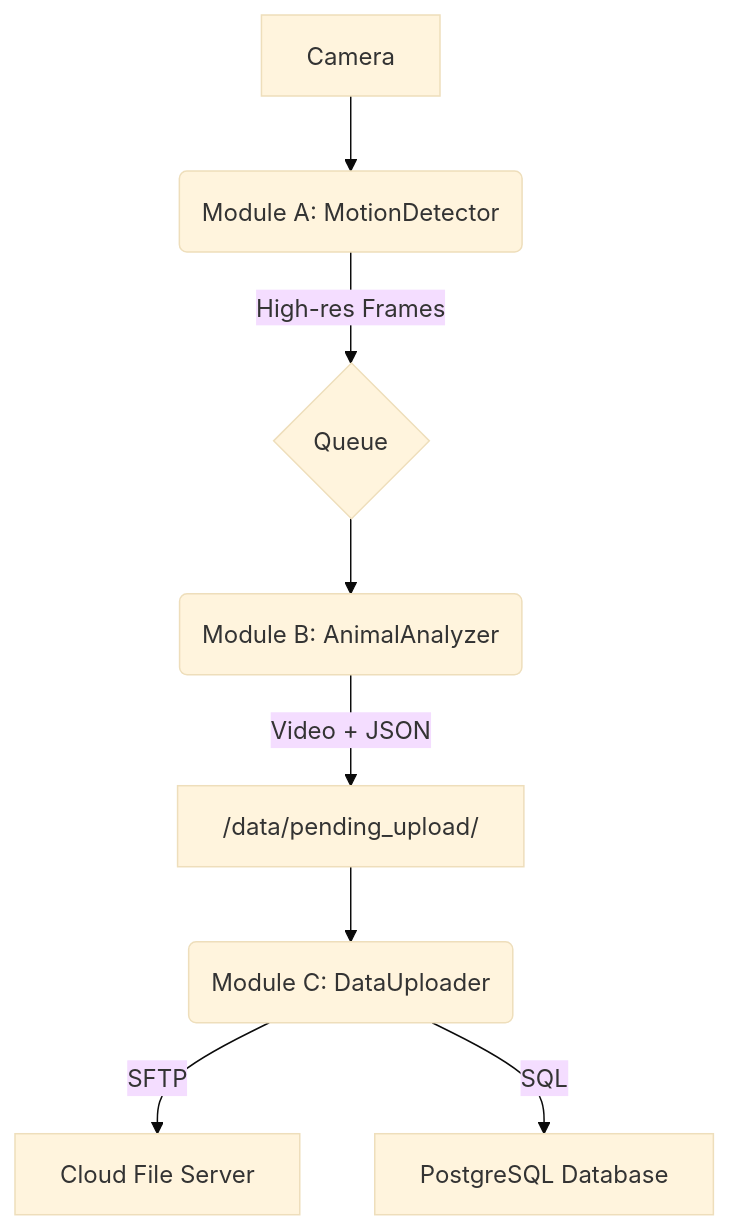
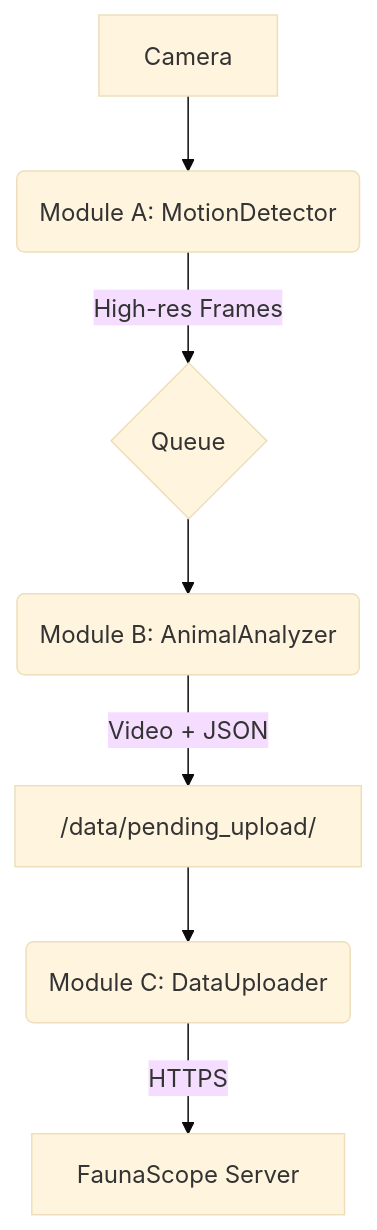
Before and after one commit to imics-lab/faunascope-edge: the diagram in README.md, drawn with Mermaid (base theme). The commit also changed other lines of this file and 12 other files, not shown here.

Commit message:
Upload events to the server over HTTPS instead of SFTP and direct database writes.

````diff
--- a/README.md
+++ b/README.md
@@ -57,10 +57,9 @@
 ```mermaid
 graph TD
     A[Camera] --> B(Module A: MotionDetector);
     B -- High-res Frames --> C{Queue};
     C --> D(Module B: AnimalAnalyzer);
     D -- Video + JSON --> E["/data/pending_upload/"];
     E --> F(Module C: DataUploader);
-    F -- SFTP --> G[Cloud File Server];
-    F -- SQL --> H[PostgreSQL Database];
+    F -- HTTPS --> G[FaunaScope Server];
 ```
````
